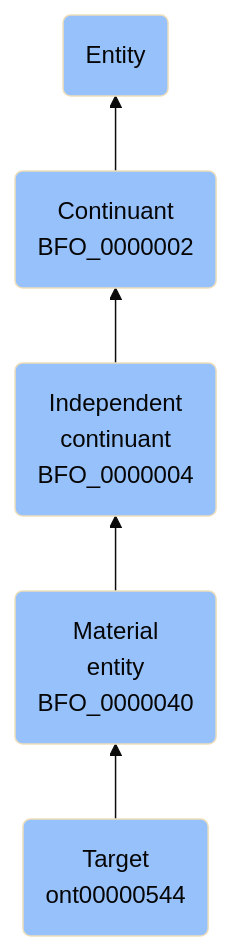
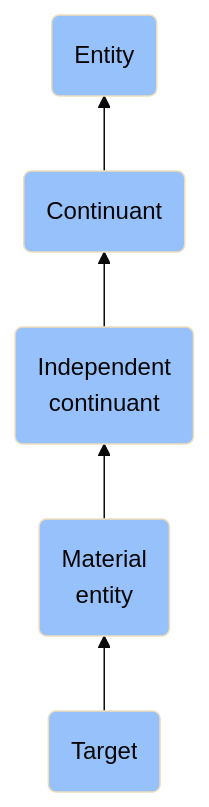
Before and after one commit to jupyter-naas/abi: the diagram in docs/ontology/reference/model/Entity/Continuant/Independent continuant/Material entity/Target/Target.md, drawn with Mermaid (base theme). The commit also changed other lines of this file and 1430 other files, not shown here.

````diff
--- a/docs/ontology/reference/model/Entity/Continuant/Independent continuant/Material entity/Target/Target.md
+++ b/docs/ontology/reference/model/Entity/Continuant/Independent continuant/Material entity/Target/Target.md
@@ -24,12 +24,12 @@
 ```mermaid
 graph BT
-    ont00000544(Target<br>ont00000544):::BFO-->BFO_0000040
-    BFO_0000040(Material<br>entity<br>BFO_0000040):::BFO-->BFO_0000004
-    BFO_0000004(Independent<br>continuant<br>BFO_0000004):::BFO-->BFO_0000002
-    BFO_0000002(Continuant<br>BFO_0000002):::BFO-->BFO_0000001
+    ont00000544(Target):::BFO-->BFO_0000040
+    BFO_0000040(Material<br>entity):::BFO-->BFO_0000004
+    BFO_0000004(Independent<br>continuant):::BFO-->BFO_0000002
+    BFO_0000002(Continuant):::BFO-->BFO_0000001
     BFO_0000001(Entity):::BFO
     
     classDef BFO fill:#97c1fb,color:#060606
     classDef CCO fill:#e4c51e,color:#060606
     classDef ABI fill:#48DD82,color:#060606
 ```
````
